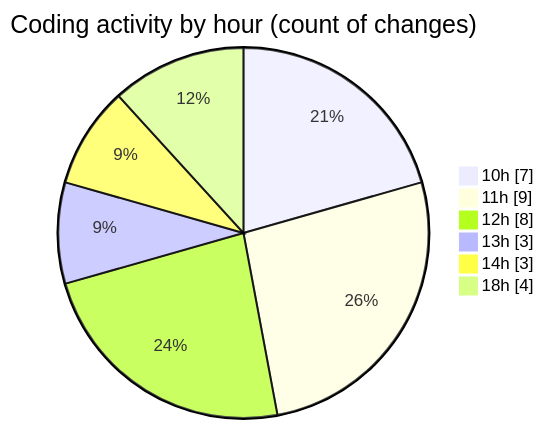
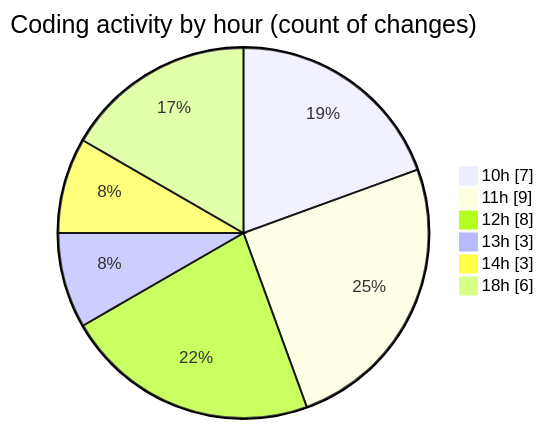
The second of 2 diagrams in 2026-02-10/nxtqube_webapp/README.md (nxtqubesakshisongat/code-tracking), drawn with Mermaid before and after one commit. The commit also changed other lines of this file and 1 other file, not shown here.

````diff
--- a/2026-02-10/nxtqube_webapp/README.md
+++ b/2026-02-10/nxtqube_webapp/README.md
@@ -34,10 +34,10 @@
 ```mermaid
 pie showData
 title Coding activity by hour (count of changes)
 "10h" : 7
 "11h" : 9
 "12h" : 8
 "13h" : 3
 "14h" : 3
-"18h" : 4
+"18h" : 6
 ```
````
